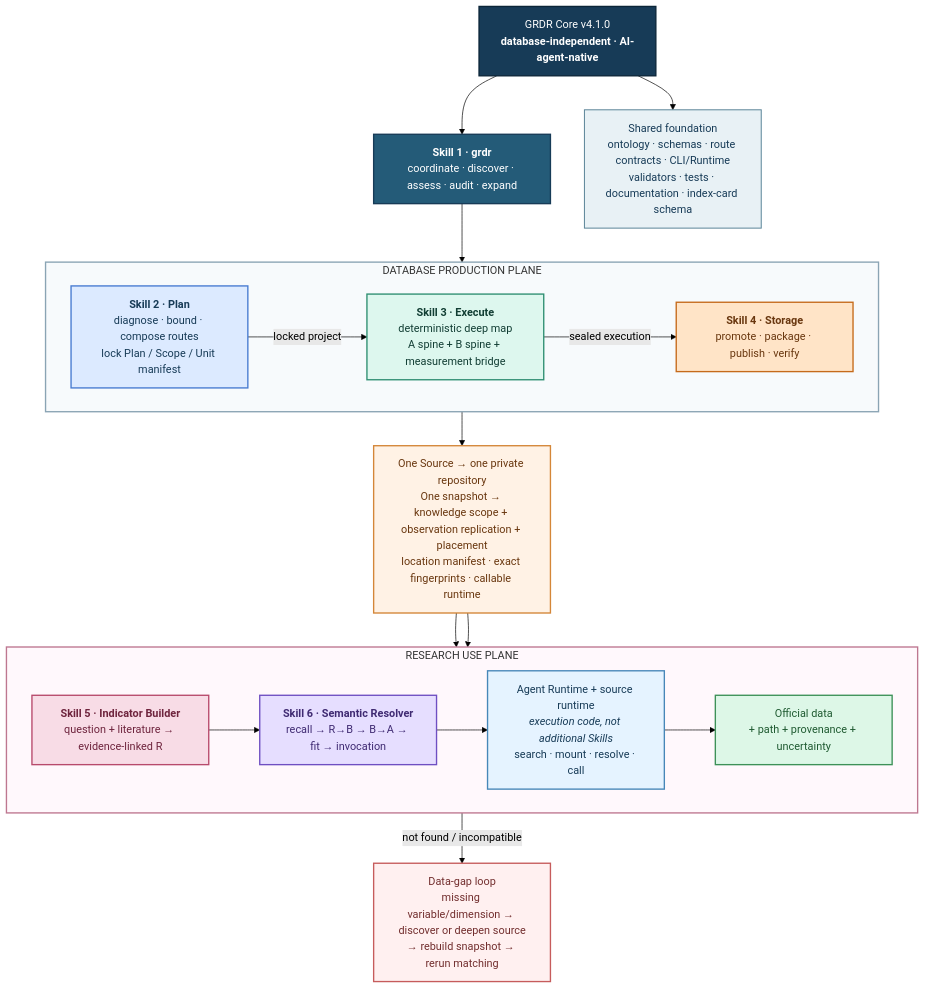
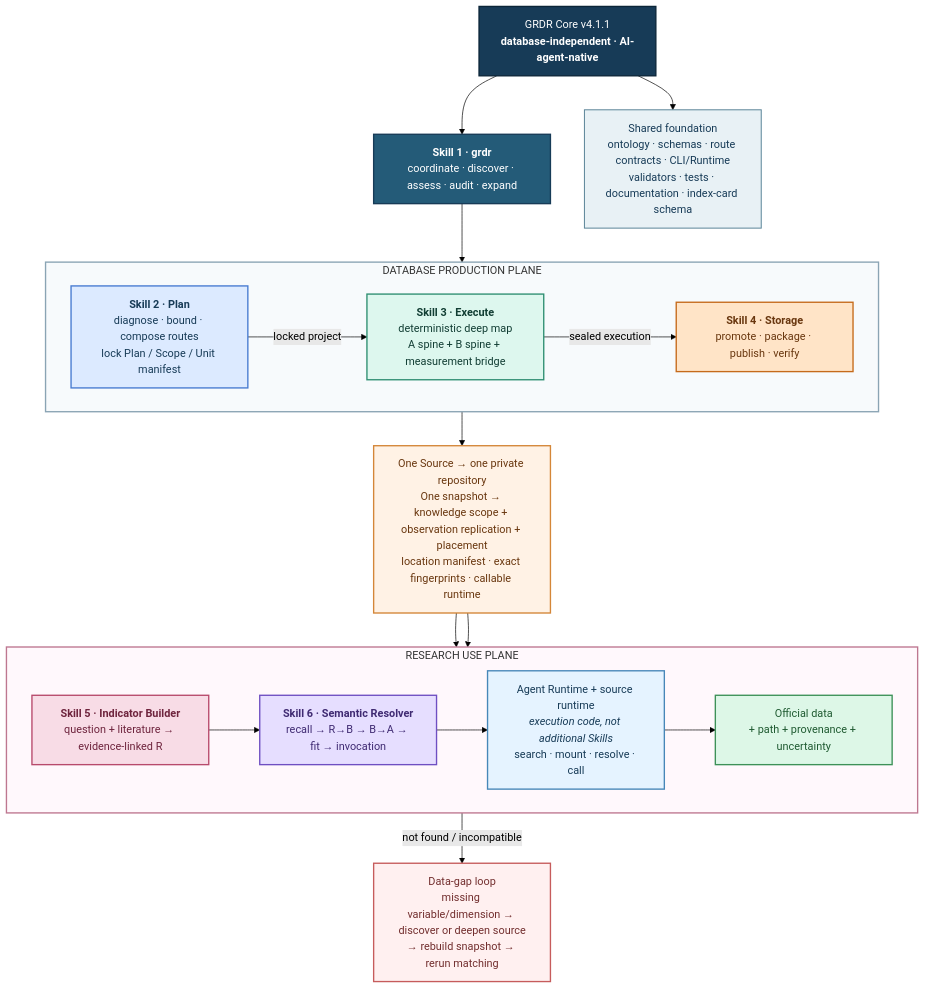
Before and after one commit to yangyuezh/grdr-core-version-archive: the first of 5 diagrams in README.md, drawn with Mermaid (forest theme). The commit also changed other lines of this file and 16 other files, not shown here.

Commit message:
release: finalize GRDR Core v4.1.1

````diff
--- a/README.md
+++ b/README.md
@@ -27,50 +27,50 @@
 ```mermaid
 flowchart TB
-    CORE["GRDR Core v4.1.0<br/><b>database-independent · AI-agent-native</b>"]:::core
+    CORE["GRDR Core v4.1.1<br/><b>database-independent · AI-agent-native</b>"]:::core
     COORD["<b>Skill 1 · grdr</b><br/>coordinate · discover · assess · audit · expand"]:::coreSkill
     SHARED["Shared foundation<br/>ontology · schemas · route contracts · CLI/Runtime<br/>validators · tests · documentation · index-card schema"]:::shared
 
     subgraph PROD["DATABASE PRODUCTION PLANE"]
         direction LR
         PLAN_OV["<b>Skill 2 · Plan</b><br/>diagnose · bound · compose routes<br/>lock Plan / Scope / Unit manifest"]:::plan
         EXEC_OV["<b>Skill 3 · Execute</b><br/>deterministic deep map<br/>A spine + B spine + measurement bridge"]:::execute
         STORE_OV["<b>Skill 4 · Storage</b><br/>promote · package · publish · verify"]:::storage
         PLAN_OV -->|"locked project"| EXEC_OV -->|"sealed execution"| STORE_OV
     end
 
     SNAP["One Source → one private repository<br/>One snapshot → knowledge scope + observation replication + placement<br/>location manifest · exact fingerprints · callable runtime"]:::artifact
 
     subgraph USE["RESEARCH USE PLANE"]
         direction LR
         BUILD_OV["<b>Skill 5 · Indicator Builder</b><br/>question + literature → evidence-linked R"]:::research
         SEM_OV["<b>Skill 6 · Semantic Resolver</b><br/>recall → R→B → B→A → fit → invocation"]:::semantic
         RUN_OV["Agent Runtime + source runtime<br/><i>execution code, not additional Skills</i><br/>search · mount · resolve · call"]:::runtime
         OUT_OV["Official data<br/>+ path + provenance + uncertainty"]:::result
         BUILD_OV --> SEM_OV --> RUN_OV --> OUT_OV
     end
 
     GAP_OV["Data-gap loop<br/>missing variable/dimension → discover or deepen source<br/>→ rebuild snapshot → rerun matching"]:::gap
 
     CORE --> COORD
     CORE --> SHARED
     COORD --> PLAN_OV
     STORE_OV --> SNAP
     SNAP --> SEM_OV
     SNAP --> RUN_OV
     SEM_OV -->|"not found / incompatible"| GAP_OV
 
     classDef core fill:#173B57,stroke:#0B2538,color:#FFFFFF,stroke-width:2px;
     classDef coreSkill fill:#245B78,stroke:#173B57,color:#FFFFFF,stroke-width:2px;
     classDef shared fill:#E8F1F5,stroke:#5E879A,color:#173B57,stroke-width:1.5px;
     classDef plan fill:#DCEAFF,stroke:#477BD1,color:#173B57,stroke-width:2px;
     classDef execute fill:#DDF7EE,stroke:#2F8F72,color:#123E34,stroke-width:2px;
     classDef storage fill:#FFE4C7,stroke:#C56A1B,color:#69370F,stroke-width:2px;
     classDef artifact fill:#FFF2E5,stroke:#D48638,color:#69370F,stroke-width:2px;
     classDef research fill:#F8DCE6,stroke:#B84A6C,color:#6E243D,stroke-width:2px;
     classDef semantic fill:#E6DEFF,stroke:#6F4FC2,color:#3F2A72,stroke-width:2px;
     classDef runtime fill:#E5F3FF,stroke:#4787B8,color:#173B57,stroke-width:2px;
     classDef result fill:#DDF7E7,stroke:#3D9158,color:#1F5A31,stroke-width:2px;
     classDef gap fill:#FFF0F0,stroke:#C65C5C,color:#722E2E,stroke-width:2px;
     style PROD fill:#F7FAFC,stroke:#8AA4B4,stroke-width:2px
     style USE fill:#FFF8FC,stroke:#BE7790,stroke-width:2px
 ```
````
